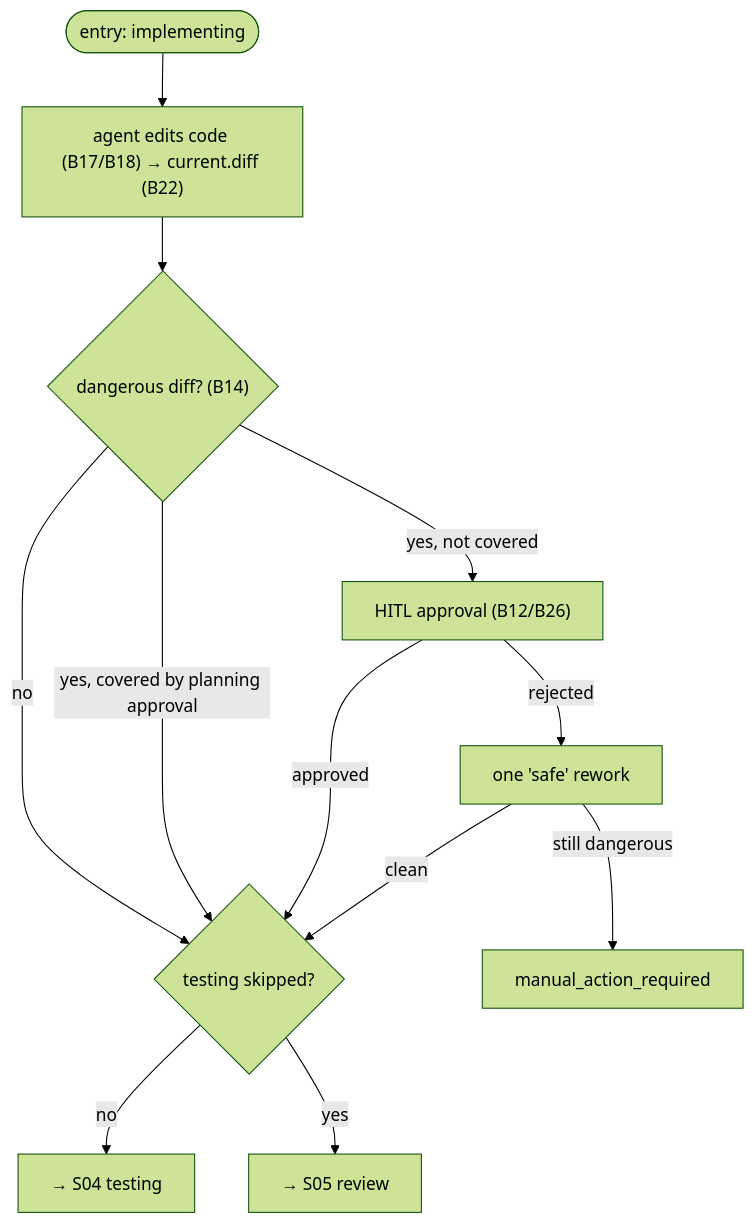
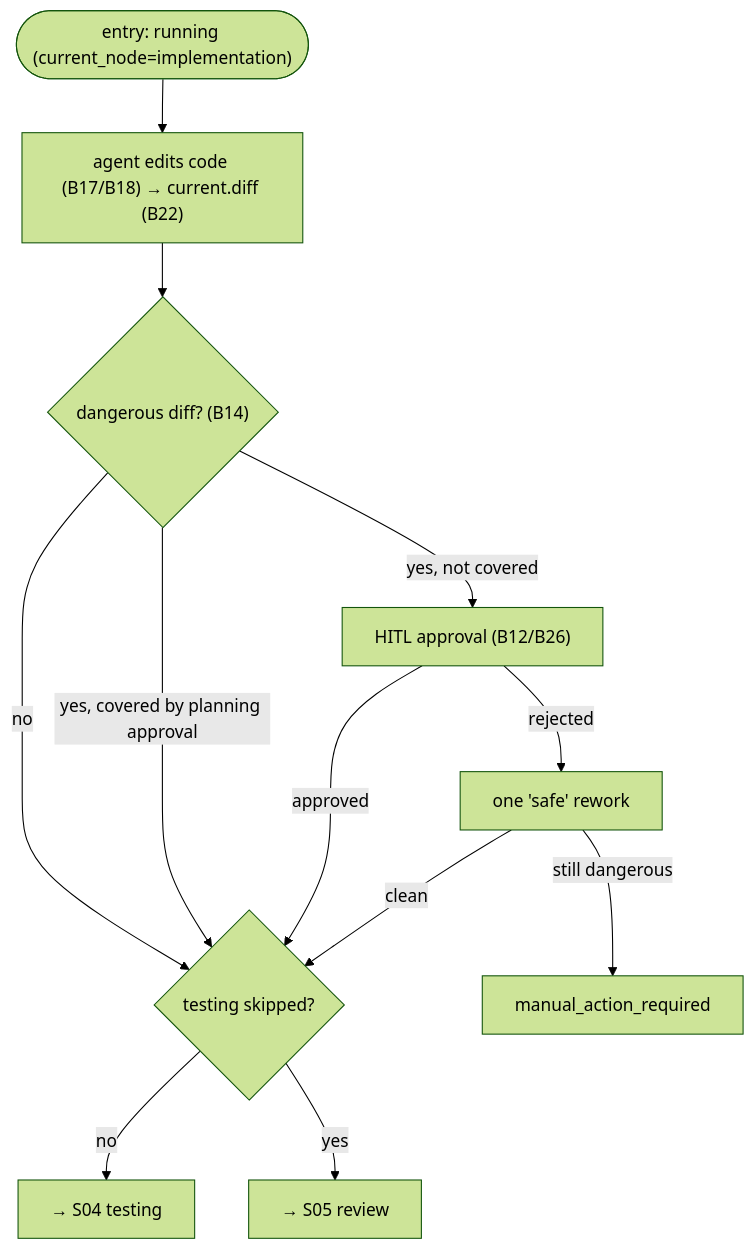
The diagram in docs/functional/flows/coding/S03-implementation.md (VladimirMakarevich/wastech-orchestrator), drawn with Mermaid (forest theme) before and after one commit. The commit also changed other lines of this file and 31 other files, not shown here.

````diff
--- a/docs/functional/flows/coding/S03-implementation.md
+++ b/docs/functional/flows/coding/S03-implementation.md
@@ -41,14 +41,14 @@
 ```mermaid
 flowchart TB
-    start(["entry: implementing"]) --> edit["agent edits code (B17/B18) → current.diff (B22)"]
+    start(["entry: running (current_node=implementation)"]) --> edit["agent edits code (B17/B18) → current.diff (B22)"]
     edit --> cls{"dangerous diff? (B14)"}
     cls -->|no| next
     cls -->|"yes, covered by planning approval"| next
     cls -->|"yes, not covered"| ask["HITL approval (B12/B26)"]
     ask -->|approved| next{"testing skipped?"}
     ask -->|rejected| redo["one 'safe' rework"]
     redo -->|still dangerous| manual["manual_action_required"]
     redo -->|clean| next
     next -->|no| t["→ S04 testing"]
     next -->|yes| r["→ S05 review"]
 ```
````
